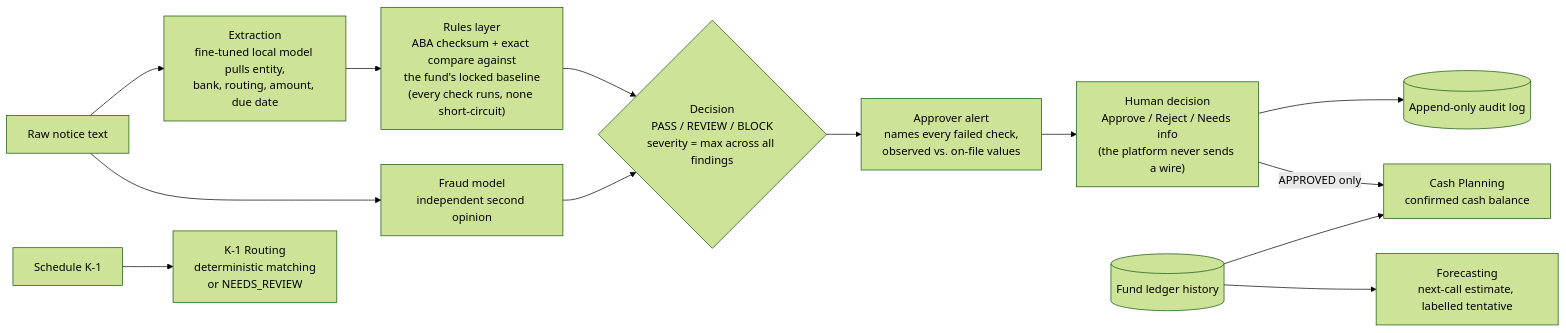
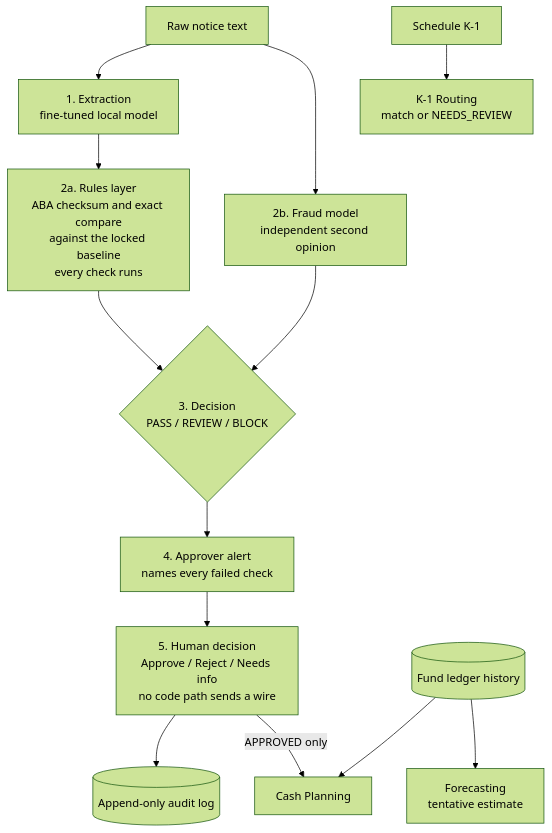
The diagram in README.md (jainamh029/veridra-capital), drawn with Mermaid (forest theme) before and after one commit.

Commit message:
README: switch pipeline diagram to top-to-bottom so it stays readable on GitHub
The left-to-right flowchart was squeezed into a short, wide frame with tiny text.

````diff
--- a/README.md
+++ b/README.md
@@ -21,15 +21,15 @@
 ```mermaid
-flowchart LR
-    N["Raw notice text"] --> E["Extraction<br/>fine-tuned local model pulls entity,<br/>bank, routing, amount, due date"]
-    E --> R["Rules layer<br/>ABA checksum + exact compare against<br/>the fund's locked baseline<br/>(every check runs, none short-circuit)"]
-    N --> M["Fraud model<br/>independent second opinion"]
-    R --> D{"Decision<br/>PASS / REVIEW / BLOCK<br/>severity = max across all findings"}
+flowchart TB
+    N["Raw notice text"] --> E["1. Extraction<br/>fine-tuned local model"]
+    N --> M["2b. Fraud model<br/>independent second opinion"]
+    E --> R["2a. Rules layer<br/>ABA checksum and exact compare<br/>against the locked baseline<br/>every check runs"]
+    R --> D{"3. Decision<br/>PASS / REVIEW / BLOCK"}
     M --> D
-    D --> A["Approver alert<br/>names every failed check,<br/>observed vs. on-file values"]
-    A --> H["Human decision<br/>Approve / Reject / Needs info<br/>(the platform never sends a wire)"]
+    D --> A["4. Approver alert<br/>names every failed check"]
+    A --> H["5. Human decision<br/>Approve / Reject / Needs info<br/>no code path sends a wire"]
     H --> L[("Append-only audit log")]
-    H -- "APPROVED only" --> C["Cash Planning<br/>confirmed cash balance"]
+    H -- "APPROVED only" --> C["Cash Planning"]
     G[("Fund ledger history")] --> C
-    G --> F["Forecasting<br/>next-call estimate, labelled tentative"]
-    K["Schedule K-1"] --> K1["K-1 Routing<br/>deterministic matching<br/>or NEEDS_REVIEW"]
+    G --> F["Forecasting<br/>tentative estimate"]
+    K["Schedule K-1"] --> K1["K-1 Routing<br/>match or NEEDS_REVIEW"]
 ```
````
